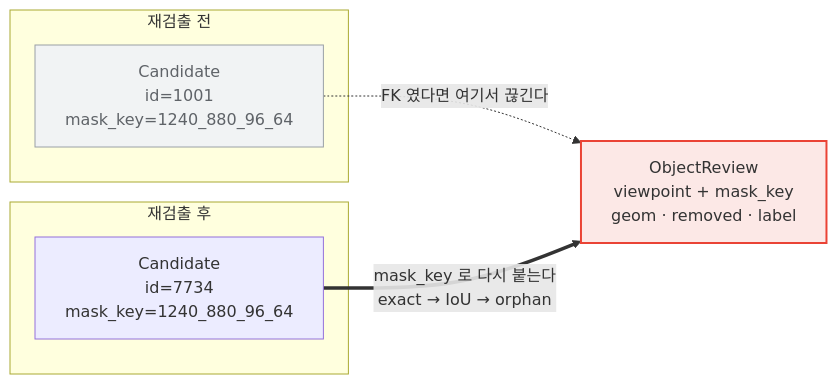
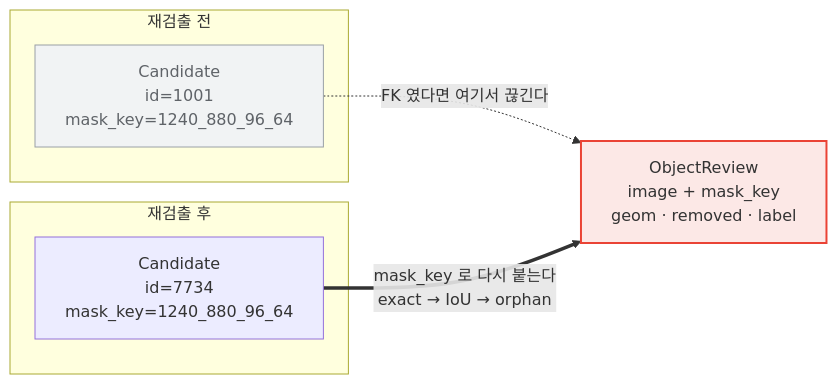
Before and after one commit to jikhanjung/DiaRUGA: the fourth of 5 diagrams in docs/20260804_db-erd-poster.md, drawn with Mermaid. The commit also changed other lines of this file and 23 other files, not shown here.

````diff
--- a/docs/20260804_db-erd-poster.md
+++ b/docs/20260804_db-erd-poster.md
@@ -106,17 +114,17 @@
 ```mermaid
 flowchart LR
     subgraph 다시_돌리기_전 [재검출 전]
         C1[Candidate<br/>id=1001<br/>mask_key=1240_880_96_64]
     end
     subgraph 다시_돌리기_후 [재검출 후]
         C2[Candidate<br/>id=7734<br/>mask_key=1240_880_96_64]
     end
-    R[ObjectReview<br/>viewpoint + mask_key<br/>geom · removed · label]
+    R[ObjectReview<br/>image + mask_key<br/>geom · removed · label]
     C1 -. "FK 였다면 여기서 끊긴다" .-> R
     C2 == "mask_key 로 다시 붙는다<br/>exact → IoU → orphan" ==> R
 
     classDef gone fill:#f1f3f4,stroke:#9aa0a6,color:#5f6368
     classDef human fill:#fce8e6,stroke:#ea4335,stroke-width:2px
     class C1 gone
     class R human
 ```
````
